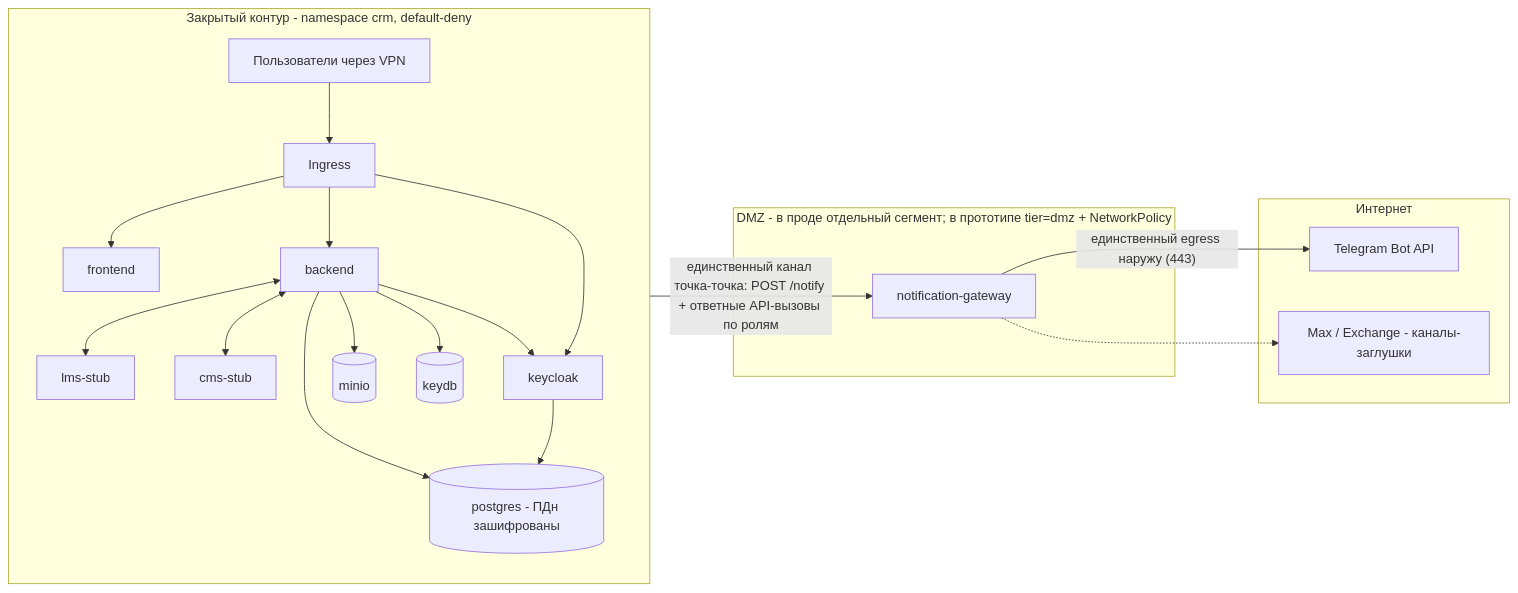
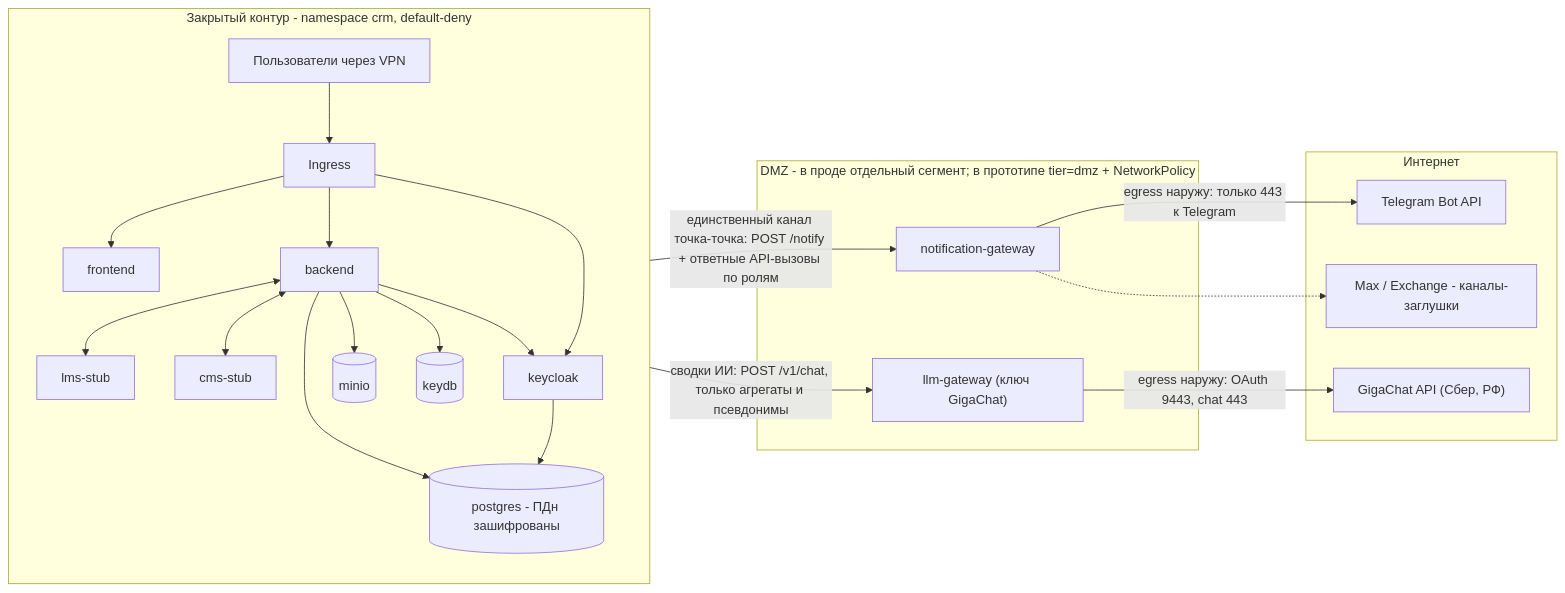
The second of 3 diagrams in docs/design/deployment.md (ilya2108/Collabse-LCT-Alma), drawn with Mermaid before and after one commit. The commit also changed other lines of this file and 136 other files, not shown here.

````diff
--- a/docs/design/deployment.md
+++ b/docs/design/deployment.md
@@ -879,27 +913,31 @@
 ```mermaid
 flowchart LR
     subgraph internet["Интернет"]
         TG["Telegram Bot API"]
         MAX["Max / Exchange - каналы-заглушки"]
+        GIGA["GigaChat API (Сбер, РФ)"]
     end
     subgraph dmz["DMZ - в проде отдельный сегмент; в прототипе tier=dmz + NetworkPolicy"]
         NT["notification-gateway"]
+        LGW["llm-gateway (ключ GigaChat)"]
     end
     subgraph closed["Закрытый контур - namespace crm, default-deny"]
         direction TB
         USR["Пользователи через VPN"] --> ING["Ingress"]
         ING --> FE["frontend"]
         ING --> BE["backend"]
         ING --> KC["keycloak"]
         BE <--> LMS["lms-stub"]
         BE <--> CMS["cms-stub"]
         BE --> PG[("postgres - ПДн зашифрованы")]
         BE --> S3[("minio")]
         BE --> KD[("keydb")]
         BE --> KC
         KC --> PG
     end
     BE -- "единственный канал точка-точка: POST /notify + ответные API-вызовы по ролям" --> NT
-    NT -- "единственный egress наружу (443)" --> TG
+    NT -- "egress наружу: только 443 к Telegram" --> TG
     NT -.-> MAX
+    BE -- "сводки ИИ: POST /v1/chat, только агрегаты и псевдонимы" --> LGW
+    LGW -- "egress наружу: OAuth 9443, chat 443" --> GIGA
 ```
````
